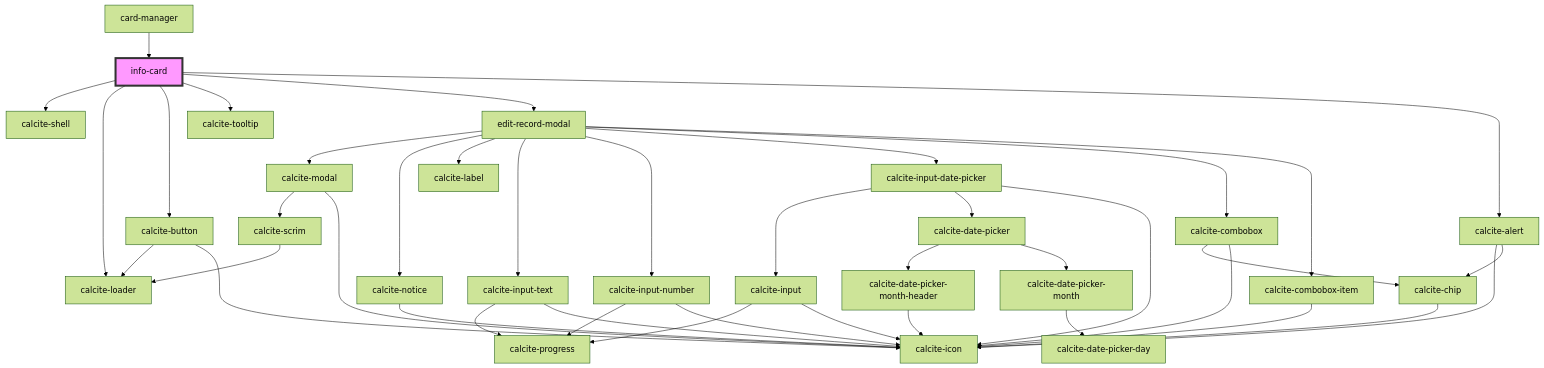
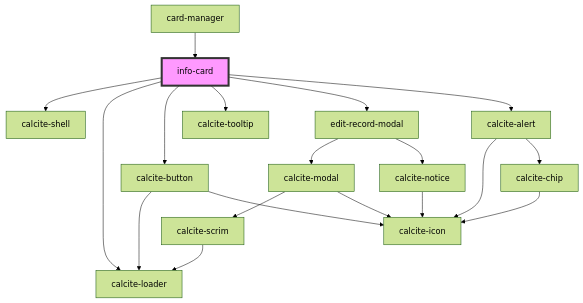
Before and after one commit to Esri/solutions-components: the diagram in src/components/info-card/readme.md, drawn with Mermaid (forest theme). The commit also changed 9 other files, not shown here.

````diff
--- a/src/components/info-card/readme.md
+++ b/src/components/info-card/readme.md
@@ -46,44 +46,22 @@
 ```mermaid
 graph TD;
   info-card --> calcite-shell
   info-card --> calcite-loader
   info-card --> calcite-button
   info-card --> calcite-tooltip
   info-card --> edit-record-modal
   info-card --> calcite-alert
   calcite-button --> calcite-loader
   calcite-button --> calcite-icon
   edit-record-modal --> calcite-modal
   edit-record-modal --> calcite-notice
-  edit-record-modal --> calcite-label
-  edit-record-modal --> calcite-input-text
-  edit-record-modal --> calcite-input-number
-  edit-record-modal --> calcite-input-date-picker
-  edit-record-modal --> calcite-combobox
-  edit-record-modal --> calcite-combobox-item
   calcite-modal --> calcite-scrim
   calcite-modal --> calcite-icon
   calcite-scrim --> calcite-loader
   calcite-notice --> calcite-icon
-  calcite-input-text --> calcite-progress
-  calcite-input-text --> calcite-icon
-  calcite-input-number --> calcite-progress
-  calcite-input-number --> calcite-icon
-  calcite-input-date-picker --> calcite-input
-  calcite-input-date-picker --> calcite-date-picker
-  calcite-input-date-picker --> calcite-icon
-  calcite-input --> calcite-progress
-  calcite-input --> calcite-icon
-  calcite-date-picker --> calcite-date-picker-month-header
-  calcite-date-picker --> calcite-date-picker-month
-  calcite-date-picker-month-header --> calcite-icon
-  calcite-date-picker-month --> calcite-date-picker-day
-  calcite-combobox --> calcite-chip
-  calcite-combobox --> calcite-icon
-  calcite-chip --> calcite-icon
-  calcite-combobox-item --> calcite-icon
   calcite-alert --> calcite-icon
   calcite-alert --> calcite-chip
+  calcite-chip --> calcite-icon
   card-manager --> info-card
   style info-card fill:#f9f,stroke:#333,stroke-width:4px
 ```
````
